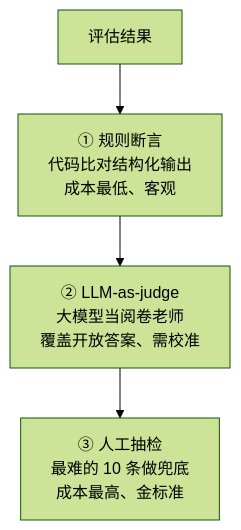
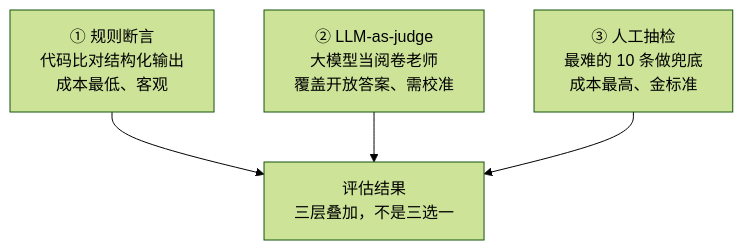
Before and after one commit to UranusGit/java-agent-learn: the first of 2 diagrams in docs/附录/Agent与提示词工程专题/06-怎么评估一个Agent.md, drawn with Mermaid (forest theme). The commit also changed other lines of this file and 137 other files, not shown here.

First line of the commit message:
docs全库mermaid图质量深化：改写残留字符画、补缺图、修坏图

````diff
--- a/docs/附录/Agent与提示词工程专题/06-怎么评估一个Agent.md
+++ b/docs/附录/Agent与提示词工程专题/06-怎么评估一个Agent.md
@@ -60,6 +60,6 @@
 ```mermaid
 flowchart TD
-    RESULT["评估结果"] --> L1["① 规则断言<br/>代码比对结构化输出<br/>成本最低、客观"]
-    L1 --> L2["② LLM-as-judge<br/>大模型当阅卷老师<br/>覆盖开放答案、需校准"]
-    L2 --> L3["③ 人工抽检<br/>最难的 10 条做兜底<br/>成本最高、金标准"]
+    L1["① 规则断言<br/>代码比对结构化输出<br/>成本最低、客观"] --> RESULT["评估结果<br/>三层叠加，不是三选一"]
+    L2["② LLM-as-judge<br/>大模型当阅卷老师<br/>覆盖开放答案、需校准"] --> RESULT
+    L3["③ 人工抽检<br/>最难的 10 条做兜底<br/>成本最高、金标准"] --> RESULT
 ```
````
